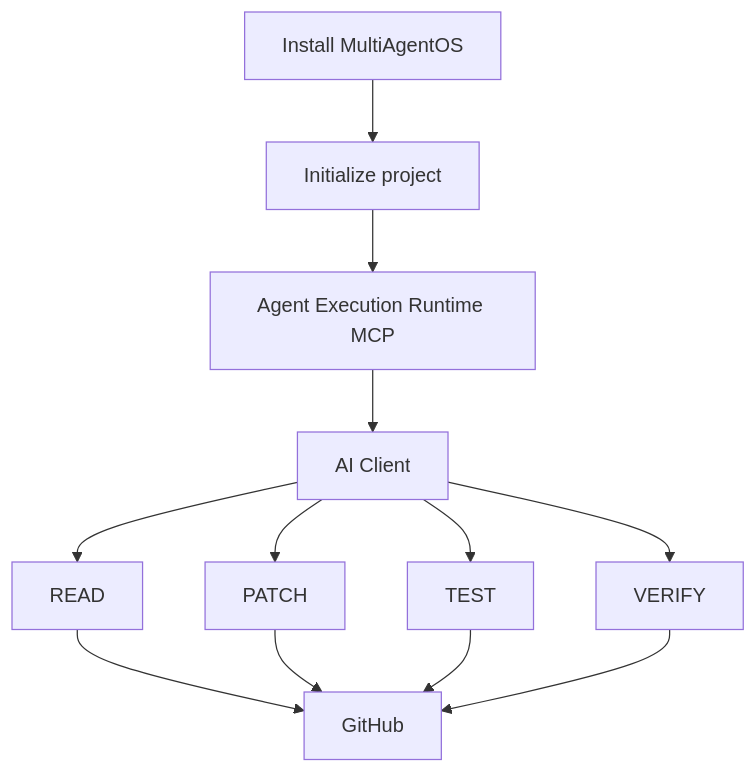
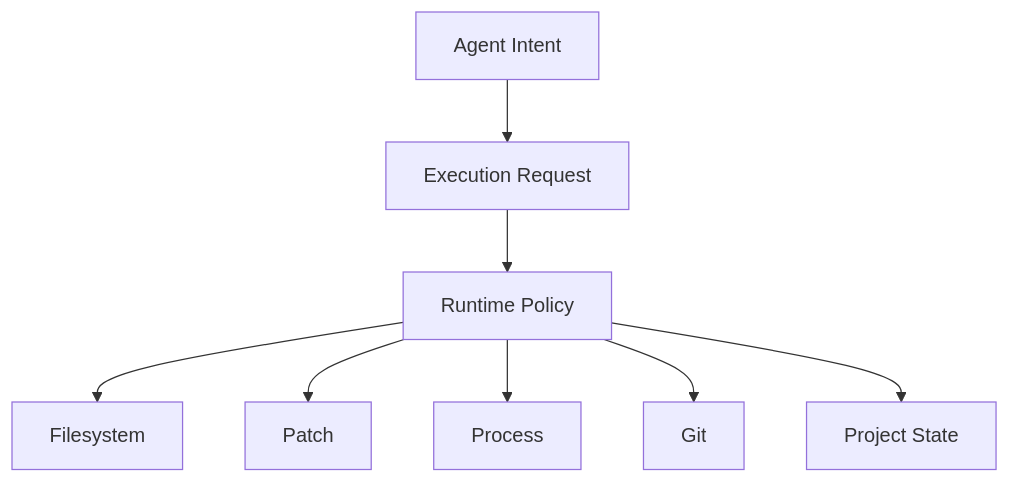
The sixth of 7 diagrams in README.md (eaglesjo/MultiAgentOS), drawn with Mermaid before and after one commit. The commit also changed other lines of this file, not shown here.

Commit message:
docs: refresh README for 0.5.0 architecture

````diff
--- a/README.md
+++ b/README.md
@@ -354,19 +171,10 @@
-```mermaid
+~~~mermaid
 flowchart TB
-    INSTALL["Install MultiAgentOS"]
-    INIT["Initialize project"]
-    MCP["Agent Execution Runtime MCP"]
-    CLIENT["AI Client"]
-
-    INSTALL --> INIT --> MCP --> CLIENT
-
-    CLIENT --> READ["READ"]
-    CLIENT --> PATCH["PATCH"]
-    CLIENT --> TEST["TEST"]
-    CLIENT --> VERIFY["VERIFY"]
-
-    READ --> GH["GitHub"]
-    PATCH --> GH
-    TEST --> GH
-    VERIFY --> GH
-```
+    INTENT["Agent Intent"] --> REQUEST["Execution Request"]
+    REQUEST --> POLICY["Runtime Policy"]
+    POLICY --> FS["Filesystem"]
+    POLICY --> PATCH["Patch"]
+    POLICY --> PROCESS["Process"]
+    POLICY --> GIT["Git"]
+    POLICY --> PROJECT["Project State"]
+~~~
````
